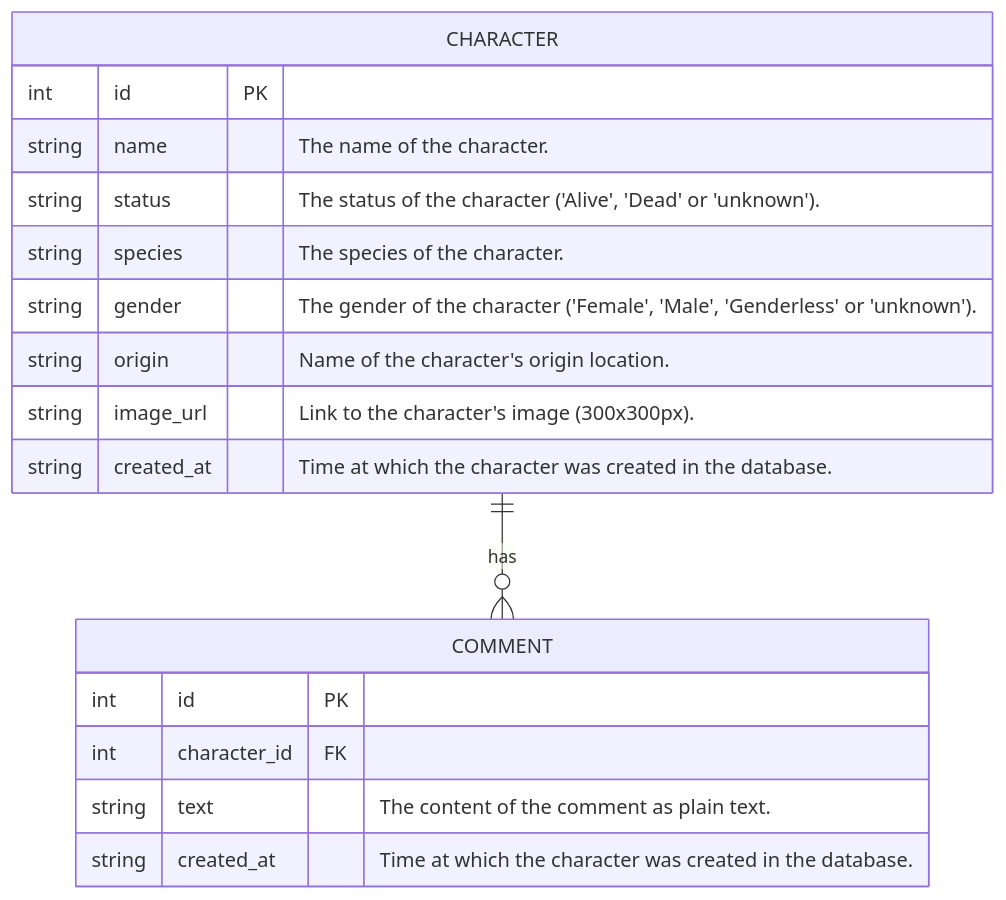
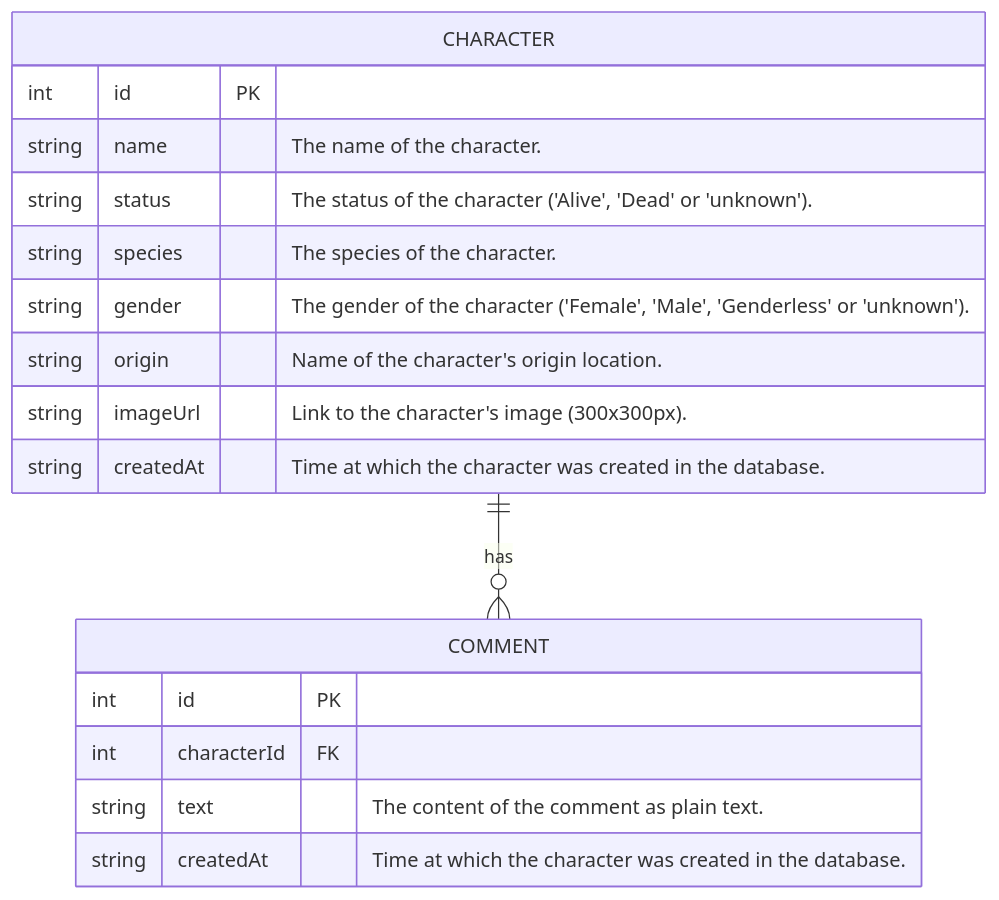
One commit to moll-y/rick-and-morty changed the diagram in README.md. Above: the diagram before and after it, drawn with Mermaid.

Commit message:
chore: fix ER diagram

````diff
--- a/README.md
+++ b/README.md
@@ -11,20 +11,20 @@
 ```mermaid 
 erDiagram
   CHARACTER ||--o{ COMMENT : has
   CHARACTER {
     int id PK
     string name "The name of the character."
     string status "The status of the character ('Alive', 'Dead' or 'unknown')."
     string species "The species of the character."
     string gender "The gender of the character ('Female', 'Male', 'Genderless' or 'unknown')."
     string origin "Name of the character's origin location."
-    string image_url "Link to the character's image (300x300px)."
-    string created_at "Time at which the character was created in the database."
+    string imageUrl "Link to the character's image (300x300px)."
+    string createdAt "Time at which the character was created in the database."
   }
   COMMENT {
     int id PK
-    int character_id FK
+    int characterId FK
     string text "The content of the comment as plain text."
-    string created_at "Time at which the character was created in the database."
+    string createdAt "Time at which the character was created in the database."
   }
 ```
````
